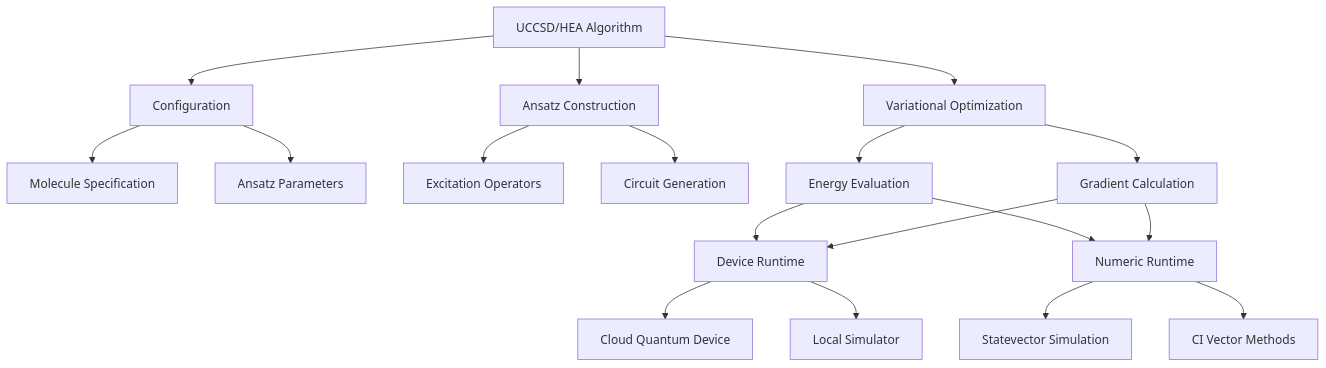
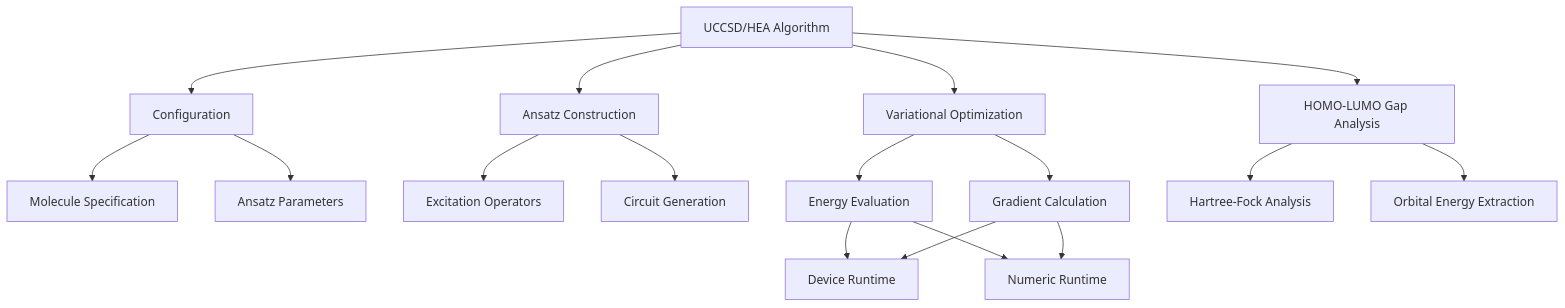
Before and after one commit to QureGenAI-Biotech/TyxonQ: the second of 9 diagrams in .qoder/repowiki/en/content/Examples and Tutorials/Quantum Chemistry Examples/UCCSD and HEA Algorithm Examples.md, drawn with Mermaid. The commit also changed other lines of this file and 76 other files, not shown here.

````diff
--- a/.qoder/repowiki/en/content/Examples and Tutorials/Quantum Chemistry Examples/UCCSD and HEA Algorithm Examples.md
+++ b/.qoder/repowiki/en/content/Examples and Tutorials/Quantum Chemistry Examples/UCCSD and HEA Algorithm Examples.md
@@ -83,20 +91,19 @@
 ```mermaid
 graph TD
 A[UCCSD/HEA Algorithm] --> B[Configuration]
 A --> C[Ansatz Construction]
 A --> D[Variational Optimization]
-B --> E[Molecule Specification]
-B --> F[Ansatz Parameters]
-C --> G[Excitation Operators]
-C --> H[Circuit Generation]
-D --> I[Energy Evaluation]
-D --> J[Gradient Calculation]
-I --> K[Device Runtime]
-I --> L[Numeric Runtime]
-J --> K
-J --> L
-K --> M[Cloud Quantum Device]
-K --> N[Local Simulator]
-L --> O[Statevector Simulation]
-L --> P[CI Vector Methods]
+A --> E[HOMO-LUMO Gap Analysis]
+B --> F[Molecule Specification]
+B --> G[Ansatz Parameters]
+C --> H[Excitation Operators]
+C --> I[Circuit Generation]
+D --> J[Energy Evaluation]
+D --> K[Gradient Calculation]
+J --> L[Device Runtime]
+J --> M[Numeric Runtime]
+K --> L
+K --> M
+E --> N[Hartree-Fock Analysis]
+E --> O[Orbital Energy Extraction]
 ```
````
